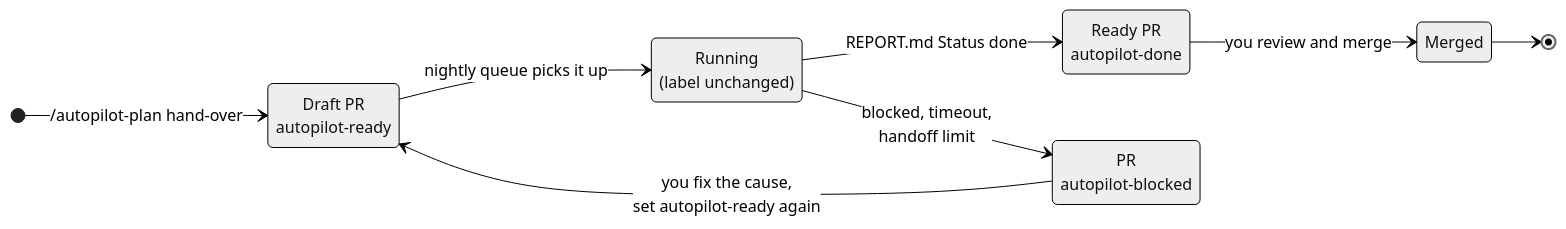
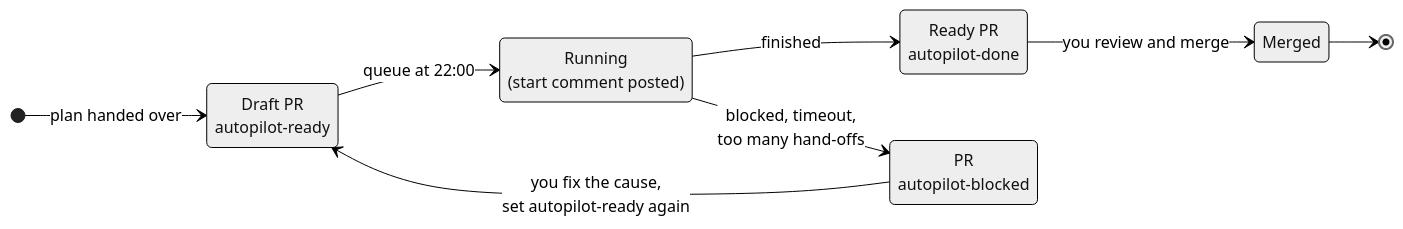
Before and after one commit to evelan-de/claude-code-plugins: the sixth of 7 diagrams in docs/autopilot-developer-guide.md, drawn with Mermaid (neutral theme). The commit also changed other lines of this file and 9 other files, not shown here.

Commit message:
docs+fix(autopilot): README and developer guide describe the current state only; developer PRs: replies from the queue machine count as answered, start comment on the PR, plan branches from origin/<base> (plugin 3.1.4)

````diff
--- a/docs/autopilot-developer-guide.md
+++ b/docs/autopilot-developer-guide.md
@@ -371,15 +281,15 @@
 ```mermaid
 stateDiagram-v2
     direction LR
-    [*] --> Draft: /autopilot-plan hand-over
-    state "Draft PR<br/>autopilot-ready" as Draft
-    state "Running<br/>(label unchanged)" as Running
+    [*] --> Waiting: plan handed over
+    state "Draft PR<br/>autopilot-ready" as Waiting
+    state "Running<br/>(start comment posted)" as Running
     state "Ready PR<br/>autopilot-done" as Done
     state "PR<br/>autopilot-blocked" as Blocked
-    Draft --> Running: nightly queue picks it up
-    Running --> Done: REPORT.md Status done
-    Running --> Blocked: blocked, timeout,<br/>handoff limit
-    Blocked --> Draft: you fix the cause,<br/>set autopilot-ready again
+    Waiting --> Running: queue at 22:00
+    Running --> Done: finished
+    Running --> Blocked: blocked, timeout,<br/>too many hand-offs
+    Blocked --> Waiting: you fix the cause,<br/>set autopilot-ready again
     Done --> Merged: you review and merge
     Merged --> [*]
 ```
````
